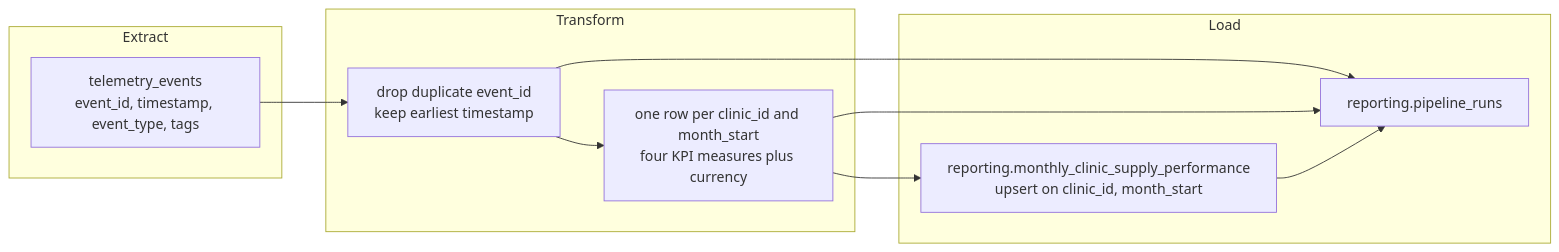
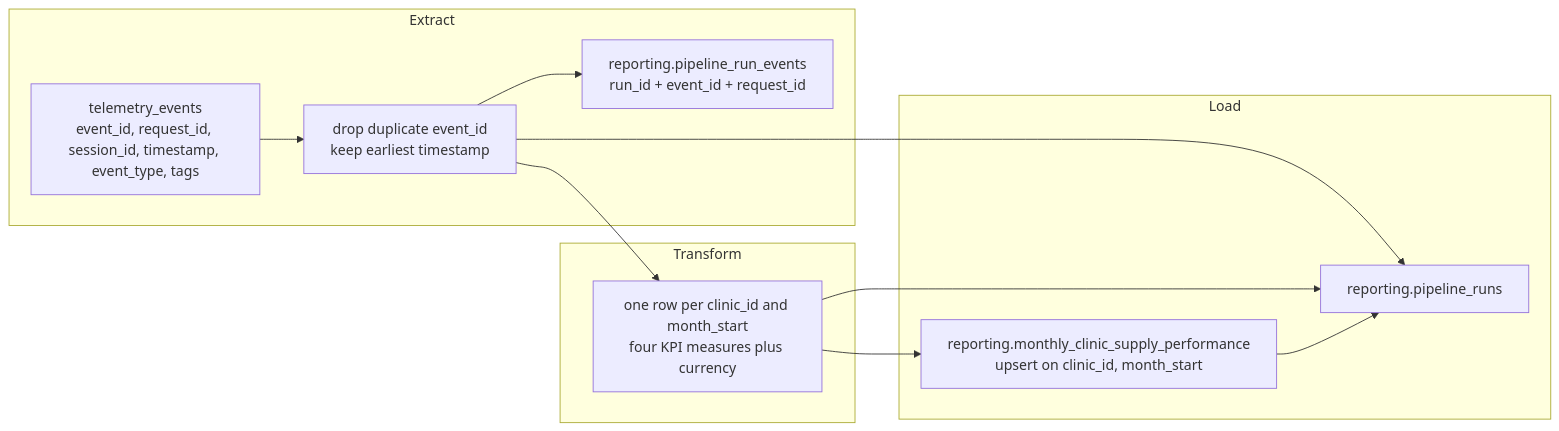
Before and after one commit to TB-AI-Engineer888/ai-engineering-company-project-monorepo: the diagram in data/pipelines/PIPELINE_DESIGN.md, drawn with Mermaid. The commit also changed other lines of this file, not shown here.

Commit message:
feat: add business performance pipeline design document

````diff
--- a/data/pipelines/PIPELINE_DESIGN.md
+++ b/data/pipelines/PIPELINE_DESIGN.md
@@ -149,18 +151,20 @@
 ```mermaid
 flowchart LR
   subgraph extract [Extract]
-    TE["telemetry_events<br/>event_id, timestamp, event_type, tags"]
+    TE["telemetry_events<br/>event_id, request_id, session_id, timestamp, event_type, tags"]
+    DEDUP["drop duplicate event_id<br/>keep earliest timestamp"]
+    LIN["reporting.pipeline_run_events<br/>run_id + event_id + request_id"]
   end
   subgraph transform [Transform]
-    DEDUP["drop duplicate event_id<br/>keep earliest timestamp"]
     KPI["one row per clinic_id and month_start<br/>four KPI measures plus currency"]
   end
   subgraph load [Load]
     DEST["reporting.monthly_clinic_supply_performance<br/>upsert on clinic_id, month_start"]
     LOG["reporting.pipeline_runs"]
   end
   TE --> DEDUP --> KPI --> DEST
+  DEDUP --> LIN
   DEDUP --> LOG
   KPI --> LOG
   DEST --> LOG
 ```
````
